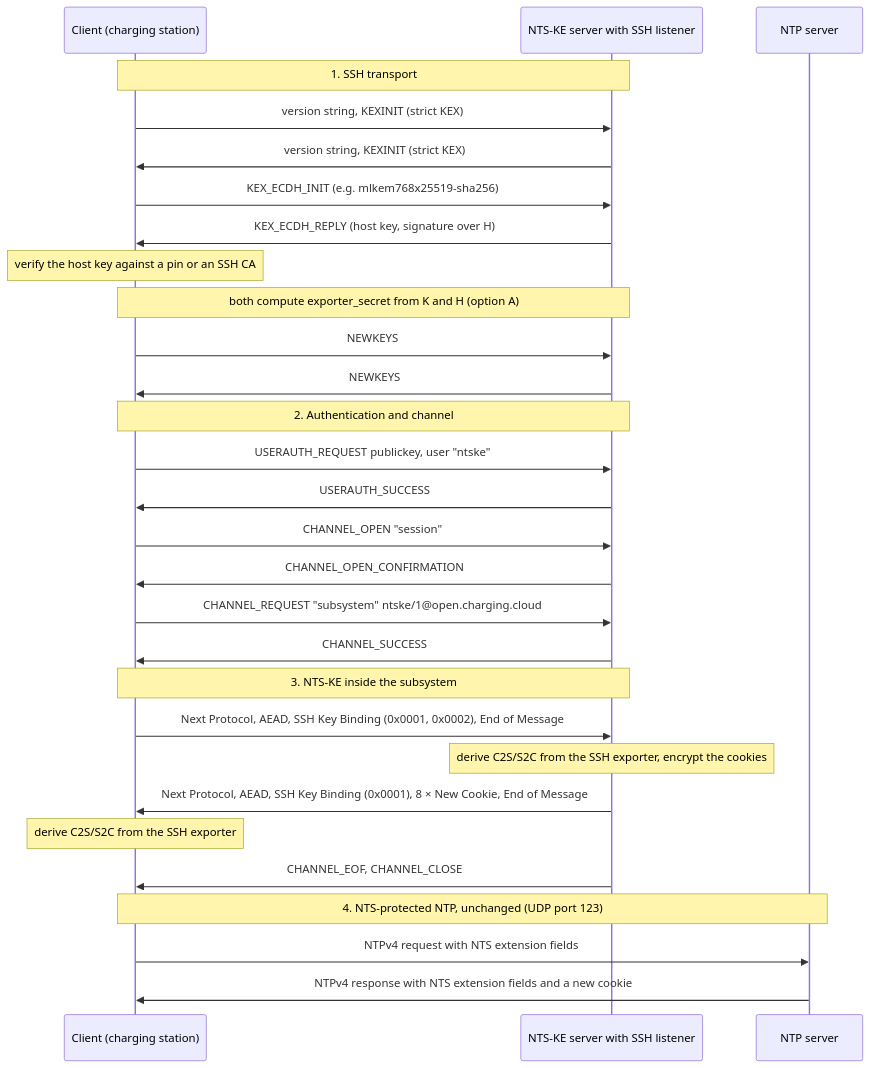
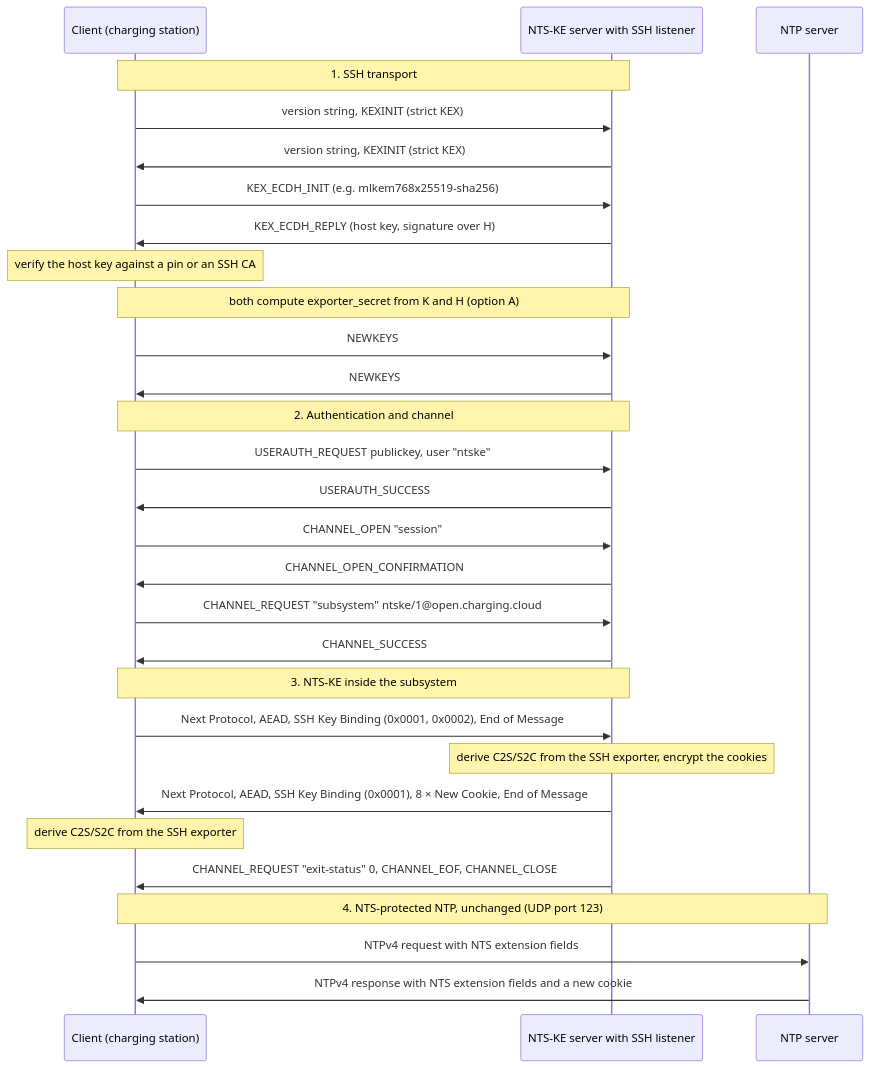
The diagram in NTS-over-SSH/README.md (OpenChargingTechnology/Whitepapers), drawn with Mermaid before and after one commit. The commit also changed other lines of this file, not shown here.

Commit message:
NTS over SSH: the subsystem ends with an exit-status, ssh -s of OpenSSH works against the listener, and the nodes offer the subsystem on their shared listener

````diff
--- a/NTS-over-SSH/README.md
+++ b/NTS-over-SSH/README.md
@@ -66,35 +66,35 @@
 ```mermaid
 sequenceDiagram
     participant C as Client (charging station)
     participant K as NTS-KE server with SSH listener
     participant N as NTP server
 
     Note over C,K: 1. SSH transport
     C->>K: version string, KEXINIT (strict KEX)
     K->>C: version string, KEXINIT (strict KEX)
     C->>K: KEX_ECDH_INIT (e.g. mlkem768x25519-sha256)
     K->>C: KEX_ECDH_REPLY (host key, signature over H)
     Note over C: verify the host key against a pin or an SSH CA
     Note over C,K: both compute exporter_secret from K and H (option A)
     C->>K: NEWKEYS
     K->>C: NEWKEYS
 
     Note over C,K: 2. Authentication and channel
     C->>K: USERAUTH_REQUEST publickey, user "ntske"
     K->>C: USERAUTH_SUCCESS
     C->>K: CHANNEL_OPEN "session"
     K->>C: CHANNEL_OPEN_CONFIRMATION
     C->>K: CHANNEL_REQUEST "subsystem" ntske/1@open.charging.cloud
     K->>C: CHANNEL_SUCCESS
 
     Note over C,K: 3. NTS-KE inside the subsystem
     C->>K: Next Protocol, AEAD, SSH Key Binding (0x0001, 0x0002), End of Message
     Note over K: derive C2S/S2C from the SSH exporter, encrypt the cookies
     K->>C: Next Protocol, AEAD, SSH Key Binding (0x0001), 8 × New Cookie, End of Message
     Note over C: derive C2S/S2C from the SSH exporter
-    K->>C: CHANNEL_EOF, CHANNEL_CLOSE
+    K->>C: CHANNEL_REQUEST "exit-status" 0, CHANNEL_EOF, CHANNEL_CLOSE
 
     Note over C,N: 4. NTS-protected NTP, unchanged (UDP port 123)
     C->>N: NTPv4 request with NTS extension fields
     N->>C: NTPv4 response with NTS extension fields and a new cookie
 ```
````
